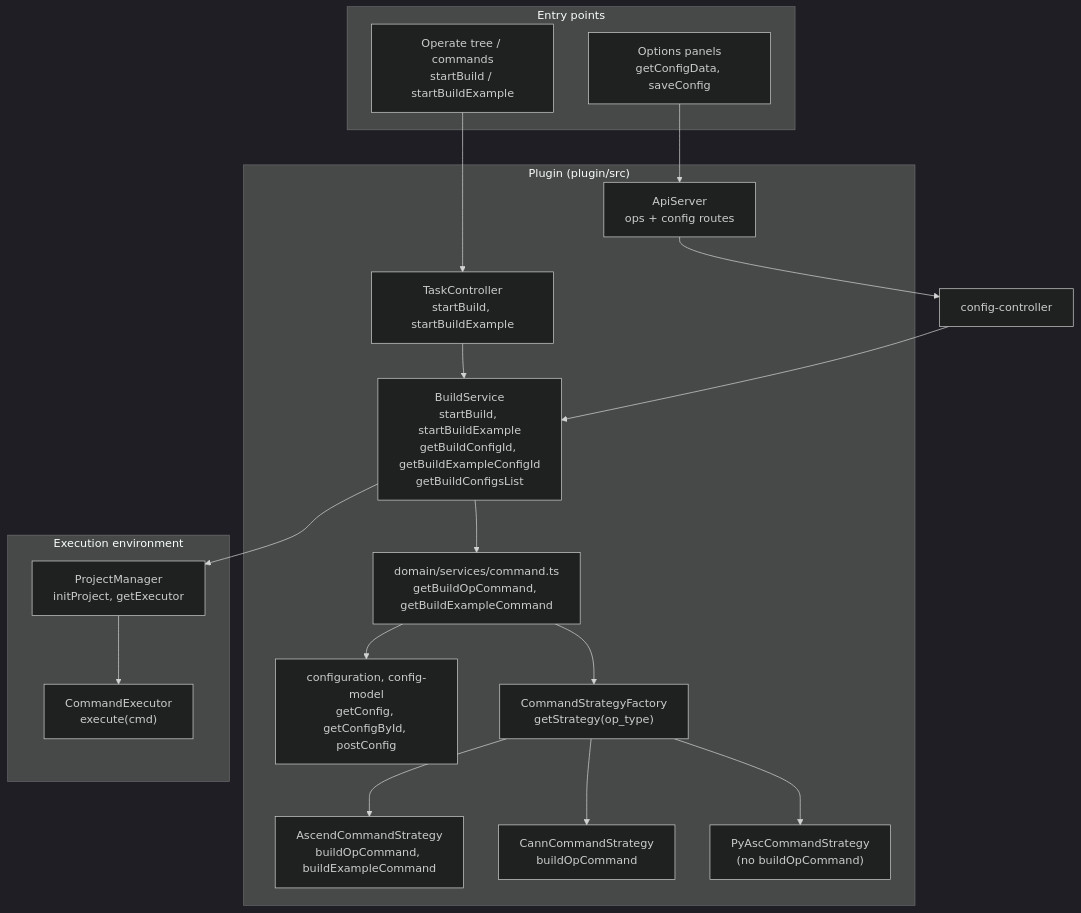
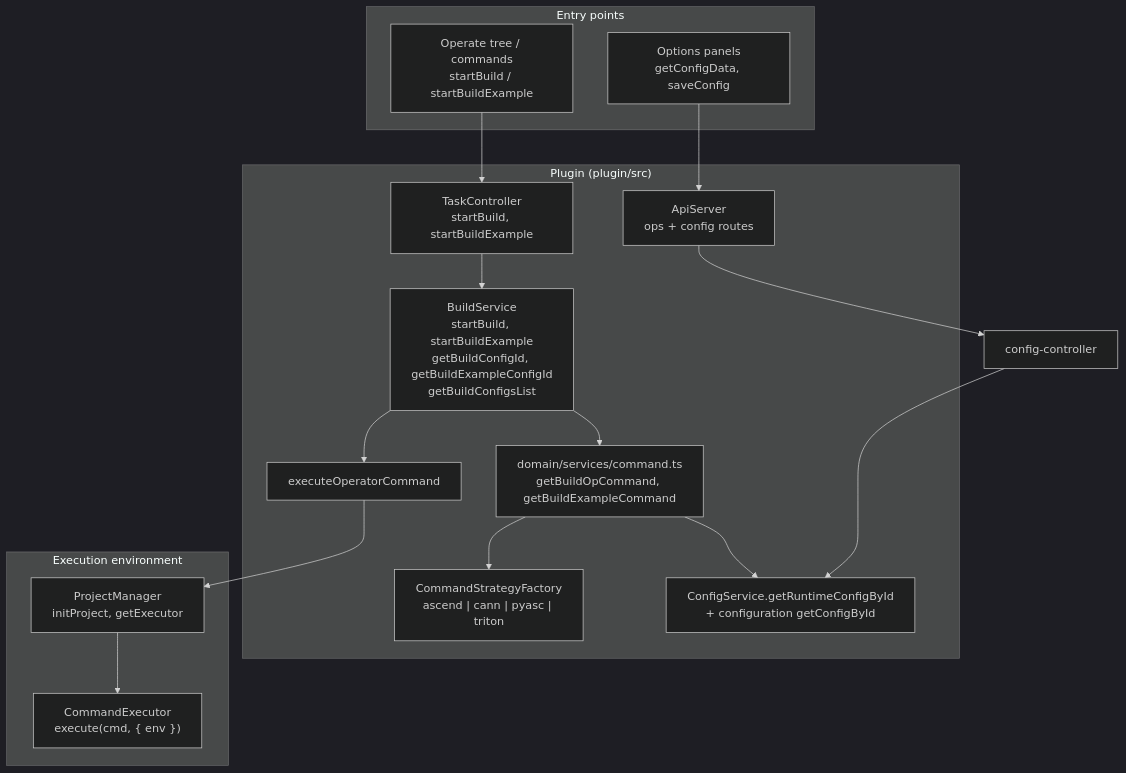
Before and after one commit to IdeFrontend/opdev_plugin: the second of 5 diagrams in docs/build-integration.md, drawn with Mermaid (dark theme). The commit also changed other lines of this file and 35 other files, not shown here.

````diff
--- a/docs/build-integration.md
+++ b/docs/build-integration.md
@@ -63,34 +67,29 @@
 ```mermaid
 flowchart TB
   subgraph Entry["Entry points"]
     Tree["Operate tree / commands\nstartBuild / startBuildExample"]
     Config["Options panels\ngetConfigData, saveConfig"]
   end
 
   subgraph Plugin["Plugin (plugin/src)"]
     ApiSrv["ApiServer\nops + config routes"]
     TaskCtrl["TaskController\nstartBuild, startBuildExample"]
     BuildSvc["BuildService\nstartBuild, startBuildExample\ngetBuildConfigId, getBuildExampleConfigId\ngetBuildConfigsList"]
     DomainCmd["domain/services/command.ts\ngetBuildOpCommand, getBuildExampleCommand"]
-    ConfigSvc["configuration, config-model\ngetConfig, getConfigById, postConfig"]
-    StrategyFactory["CommandStrategyFactory\ngetStrategy(op_type)"]
-    Ascend["AscendCommandStrategy\nbuildOpCommand, buildExampleCommand"]
-    Cann["CannCommandStrategy\nbuildOpCommand"]
-    PyAsc["PyAscCommandStrategy\n(no buildOpCommand)"]
+    ConfigSvc["ConfigService.getRuntimeConfigById\n+ configuration getConfigById"]
+    StrategyFactory["CommandStrategyFactory\nascend | cann | pyasc | triton"]
+    ExecOp["executeOperatorCommand"]
   end
 
   subgraph Env["Execution environment"]
     PM["ProjectManager\ninitProject, getExecutor"]
-    Executor["CommandExecutor\nexecute(cmd)"]
+    Executor["CommandExecutor\nexecute(cmd, { env })"]
   end
 
   Tree --> TaskCtrl --> BuildSvc
-  Config --> ApiSrv --> ConfigCtrl["config-controller"] --> BuildSvc
+  Config --> ApiSrv --> ConfigCtrl["config-controller"] --> ConfigSvc
   BuildSvc --> DomainCmd
   DomainCmd --> ConfigSvc
   DomainCmd --> StrategyFactory
-  StrategyFactory --> Ascend
-  StrategyFactory --> Cann
-  StrategyFactory --> PyAsc
-  BuildSvc --> PM --> Executor
+  BuildSvc --> ExecOp --> PM --> Executor
 ```
````
